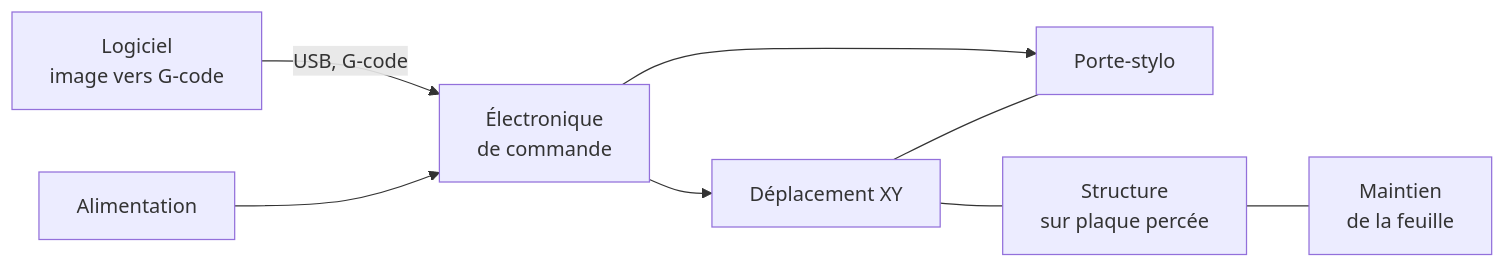
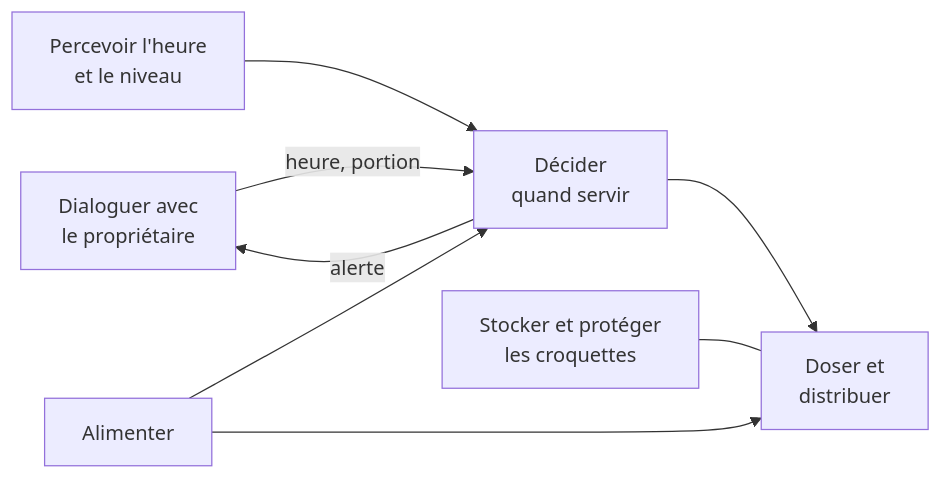
One commit to Makerspace-Amiens/doc.makerspace-amiens.fr changed the second of 2 diagrams in _workshops/methodologie-de-projet/slides/seance-3-sous-systemes-organisation.md. Above: the diagram before and after it, drawn with Mermaid. The commit also changed other lines of this file and 2 other files, not shown here.

````diff
--- a/_workshops/methodologie-de-projet/slides/seance-3-sous-systemes-organisation.md
+++ b/_workshops/methodologie-de-projet/slides/seance-3-sous-systemes-organisation.md
@@ -83,10 +214,10 @@
 ```mermaid!
 graph LR
-    L[Logiciel<br/>image vers G-code] -->|USB, G-code| E[Électronique<br/>de commande]
-    A[Alimentation] --> E
-    E --> D[Déplacement XY]
-    E --> P[Porte-stylo]
-    D --- P
-    D --- S[Structure<br/>sur plaque percée]
-    S --- F[Maintien<br/>de la feuille]
+    U[Dialoguer avec<br/>le propriétaire] -->|heure, portion| C[Décider<br/>quand servir]
+    P[Percevoir l'heure<br/>et le niveau] --> C
+    C -->|alerte| U
+    C --> D[Doser et<br/>distribuer]
+    A[Alimenter] --> C
+    A --> D
+    S[Stocker et protéger<br/>les croquettes] --- D
 ```
````
